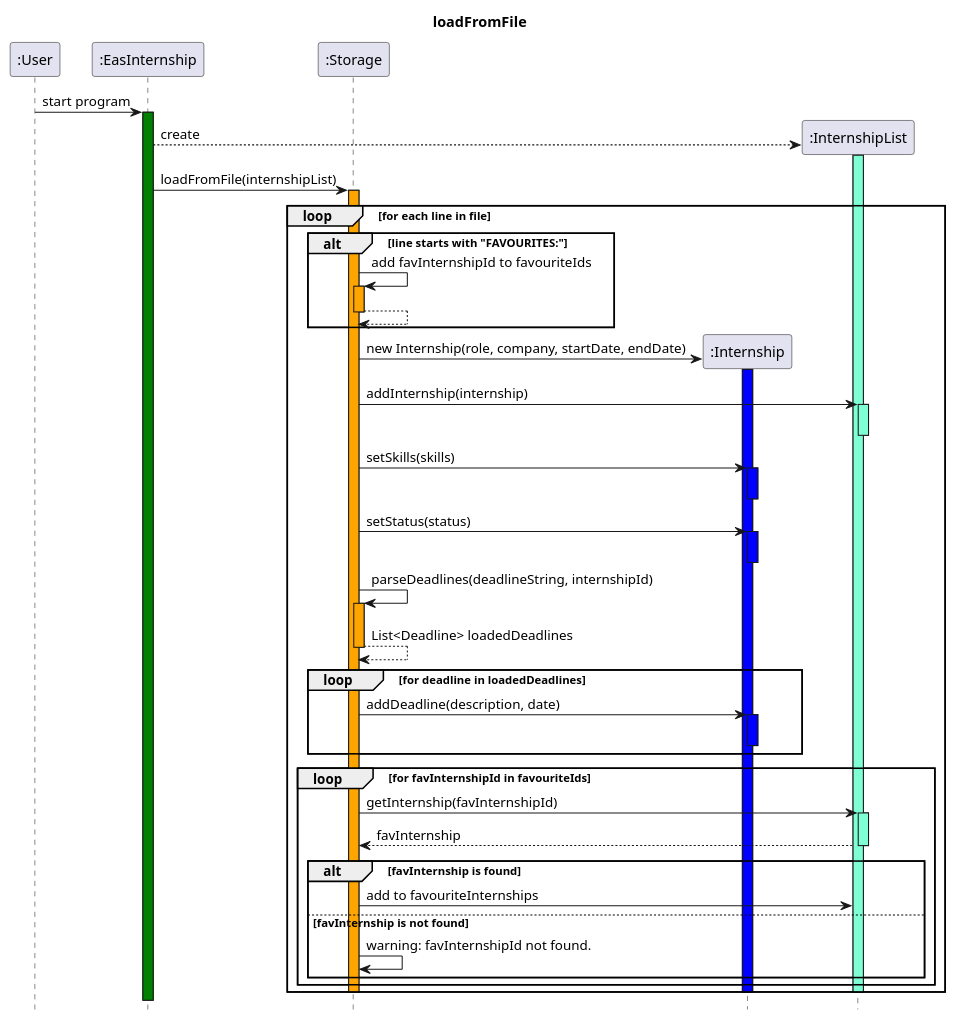
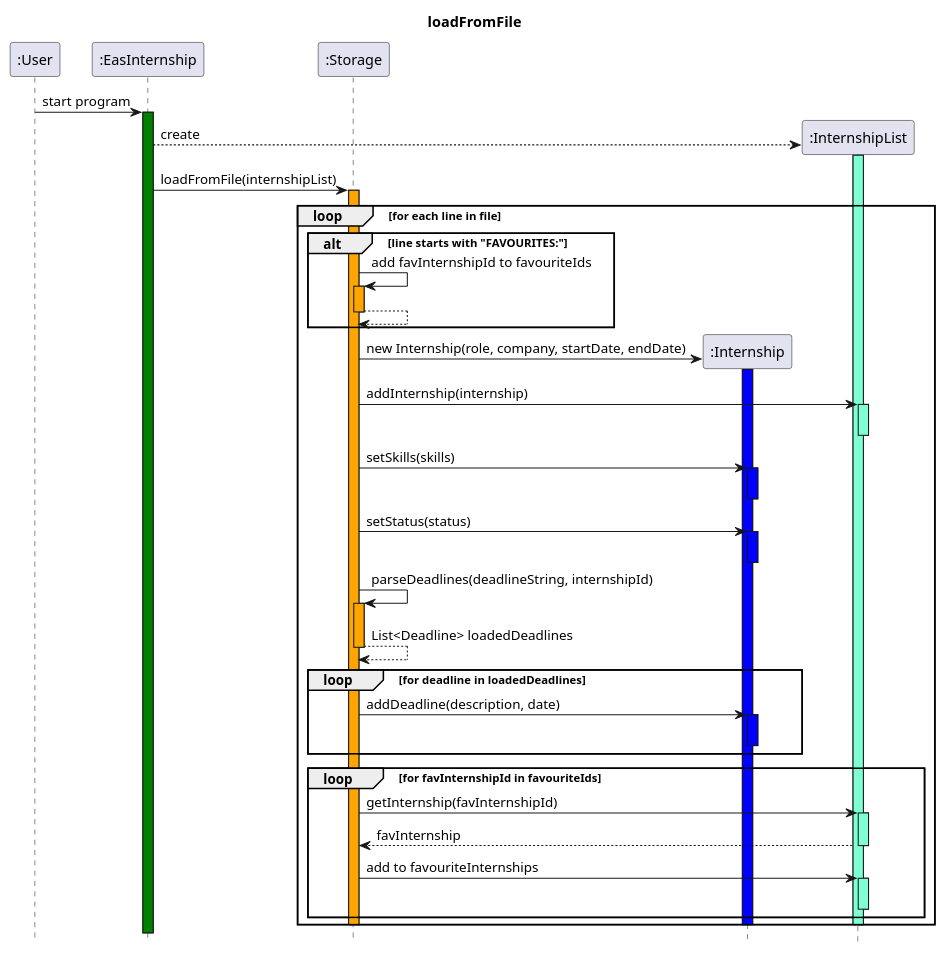
Before and after one commit to nus-cs2113-AY2425S1/tp: the diagram in docs/UML/loadFromFile.puml, drawn with PlantUML. The commit also changed 2 other files, not shown here.

```diff
--- a/docs/UML/loadFromFile.puml
+++ b/docs/UML/loadFromFile.puml
@@ -1,69 +1,65 @@
 @startuml
 Title loadFromFile
 hide footbox
 participant ":User"
 participant ":EasInternship"
 participant ":Storage"
 participant ":Internship"
 participant ":InternshipList"
 
 ":User"->":EasInternship": start program
 activate ":EasInternship" #green
 ":EasInternship"-->":InternshipList" **: create
 activate ":InternshipList" #aquamarine
 deactivate ":InternshipList"
 ":EasInternship"->":Storage": loadFromFile(internshipList)
 activate ":Storage" #orange
 
 loop for each line in file
 
     alt line starts with "FAVOURITES:"
         ":Storage" -> ":Storage" : add favInternshipId to favouriteIds
         activate ":Storage" #orange
         return
 
         end
 
     ":Storage"-> ":Internship" **: new Internship(role, company, startDate, endDate)
     activate ":Internship" #blue
     ":Storage"->":InternshipList": addInternship(internship)
     activate ":InternshipList" #aquamarine
     deactivate ":InternshipList"
     ":Storage" -> ":Internship" :setSkills(skills)
     activate ":Internship" #blue
     deactivate ":Internship"
     ":Storage" -> ":Internship" : setStatus(status)
     activate ":Internship" #blue
     deactivate ":Internship"
 
     ":Storage" -> ":Storage": parseDeadlines(deadlineString, internshipId)
     activate ":Storage" #orange
     return List<Deadline> loadedDeadlines
     loop for deadline in loadedDeadlines
         ":Storage" -> ":Internship" : addDeadline(description, date)
         activate ":Internship" #blue
         deactivate ":Internship"
     end
 
     loop for favInternshipId in favouriteIds
         ":Storage" -> ":InternshipList" : getInternship(favInternshipId)
         activate ":InternshipList" #aquamarine
         ":InternshipList" --> ":Storage" : favInternship
         deactivate ":InternshipList"
-
-        alt favInternship is found
-            ":Storage" -> ":InternshipList" : add to favouriteInternships
-        else favInternship is not found
-            ":Storage" -> ":Storage" : warning: favInternshipId not found.
-        end
-
+        ":Storage" -> ":InternshipList" : add to favouriteInternships
+        activate ":InternshipList" #aquamarine
+        deactivate ":InternshipList"
     end
 
         deactivate ":Storage"
         deactivate ":Internship"
         deactivate ":InternshipList"
 end
 deactivate ":Storage"
 
 
 @enduml
```
